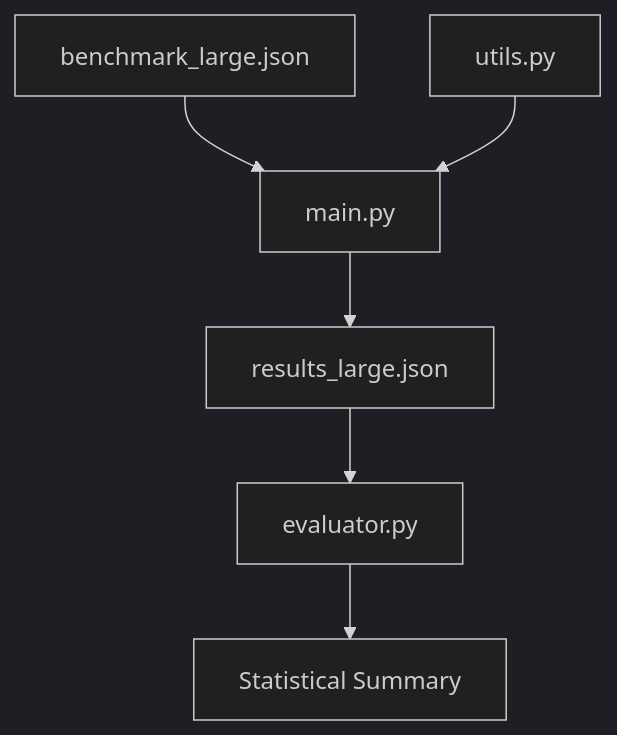
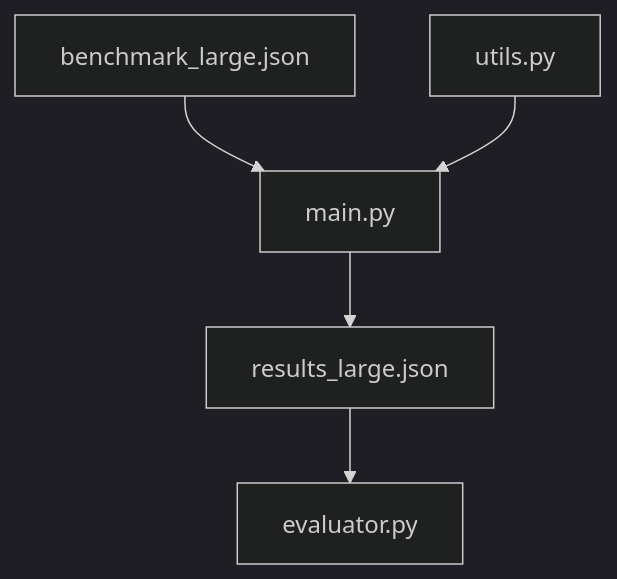
Before and after one commit to elsaschutfort/MATH598C-FinalProject: the diagram in README.md, drawn with Mermaid (dark theme).

Commit message:
Edited workflow diagram

````diff
--- a/README.md
+++ b/README.md
@@ -12,8 +12,7 @@
 ```mermaid
 graph TD
     A[benchmark_large.json] --> B[main.py]
     C[utils.py] --> B
     B --> D[results_large.json]
     D --> E[evaluator.py]
-    E --> F[Statistical Summary]
 ```
````
